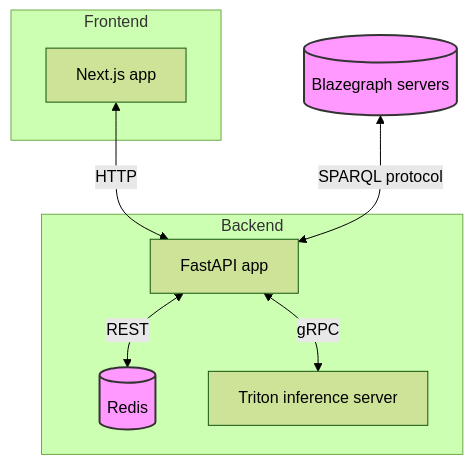
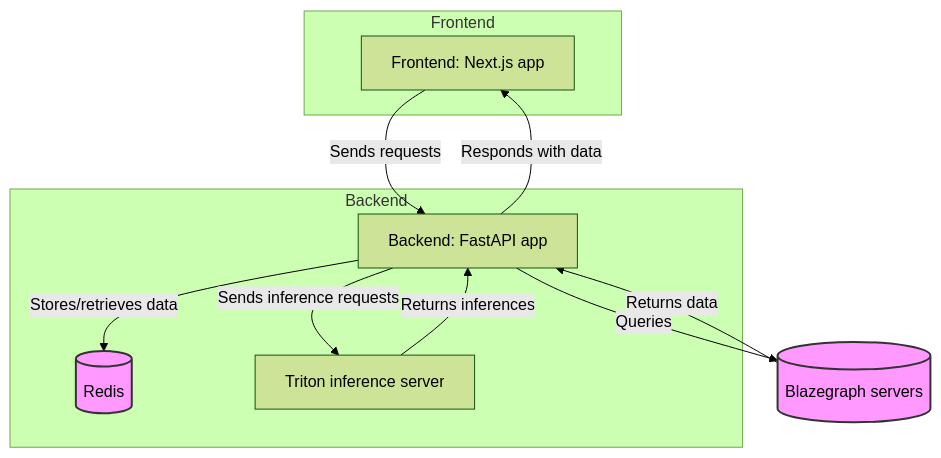
Before and after one commit to cambridge-cares/TheWorldAvatar: the diagram in QuestionAnswering/QA_ICL/README.md, drawn with Mermaid (forest theme). The commit also changed other lines of this file, not shown here.

````diff
--- a/QuestionAnswering/QA_ICL/README.md
+++ b/QuestionAnswering/QA_ICL/README.md
@@ -33,22 +33,25 @@
 ```mermaid
 graph TD
     subgraph Frontend
     A[Next.js app]
     end
 
     subgraph Backend
     C[FastAPI app]
     E[(Redis)]
     F[Triton inference server]
     end
 
     D[(Blazegraph servers)]
 
-    A <--> |HTTP| C
-    D <--> |SPARQL protocol| C
-    C <--> |REST| E
-    C <--> |gRPC| F
+    A[Frontend: Next.js app] -->|Sends requests| C
+    C[Backend: FastAPI app] -->|Responds with data| A
+    C -->|Queries| D
+    D[(Blazegraph servers)] -->|Returns data| C
+    C -->|Stores/retrieves data| E
+    C -->|Sends inference requests| F
+    F[Triton inference server] -->|Returns inferences| C
 
     classDef database fill:#f9f,stroke:#333,stroke-width:2px;
     class D,E database;
 ```
````
